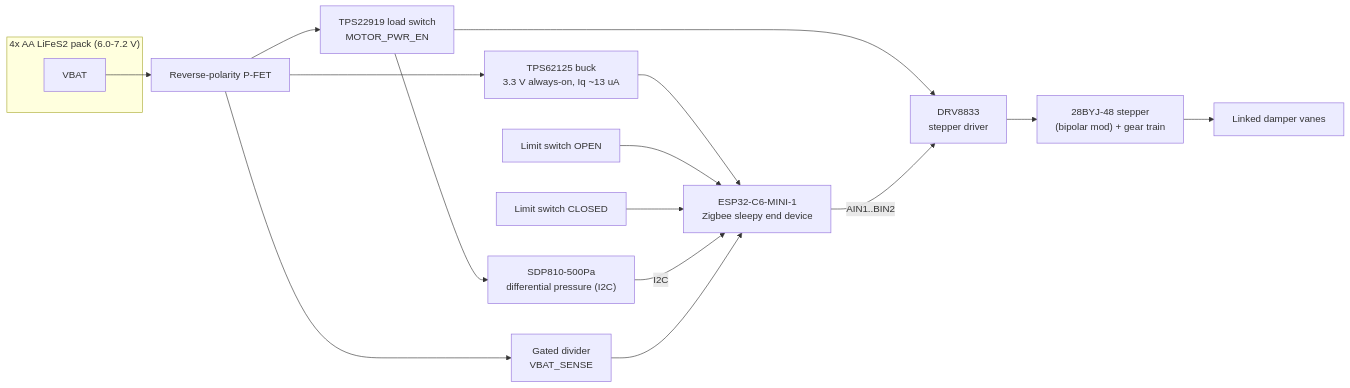
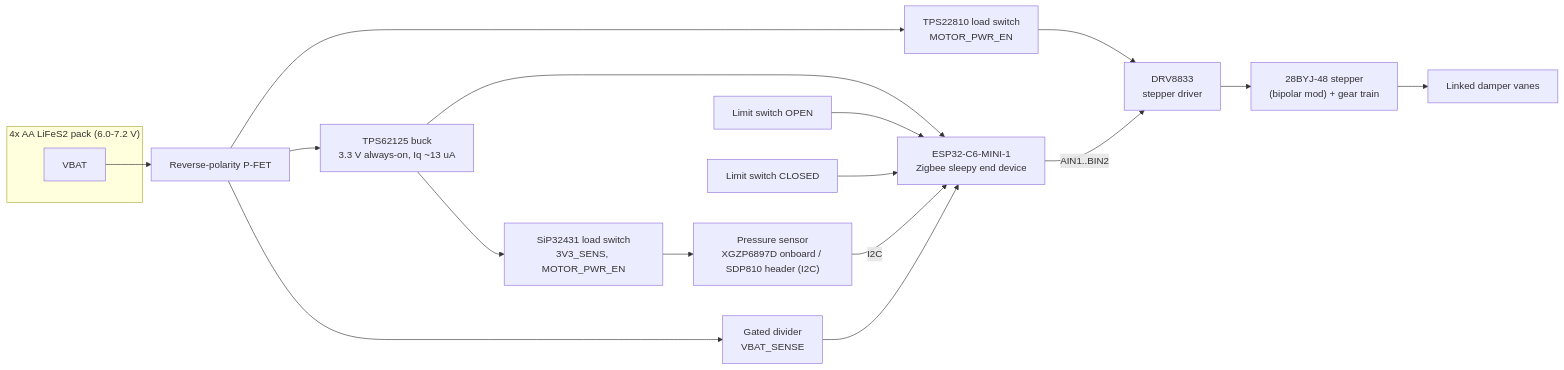
Before and after one commit to rnadgar/medium: the diagram in docs/architecture.md, drawn with Mermaid. The commit also changed other lines of this file and 35 other files, not shown here.

````diff
--- a/docs/architecture.md
+++ b/docs/architecture.md
@@ -9,20 +9,21 @@
 ```mermaid
 flowchart LR
     subgraph pack["4x AA LiFeS2 pack (6.0-7.2 V)"]
         BATT[VBAT]
     end
     BATT --> RPP["Reverse-polarity P-FET"]
     RPP --> BUCK["TPS62125 buck\n3.3 V always-on, Iq ~13 uA"]
-    RPP --> LSW["TPS22919 load switch\nMOTOR_PWR_EN"]
+    RPP --> LSW["TPS22810 load switch\nMOTOR_PWR_EN"]
     BUCK --> C6["ESP32-C6-MINI-1\nZigbee sleepy end device"]
+    BUCK --> SSW["SiP32431 load switch\n3V3_SENS, MOTOR_PWR_EN"]
     LSW --> DRV["DRV8833\nstepper driver"]
-    LSW --> SDP["SDP810-500Pa\ndifferential pressure (I2C)"]
+    SSW --> SDP["Pressure sensor\nXGZP6897D onboard / SDP810 header (I2C)"]
     DRV --> MOT["28BYJ-48 stepper\n(bipolar mod) + gear train"]
     MOT --> VANES["Linked damper vanes"]
     SW1["Limit switch OPEN"] --> C6
     SW2["Limit switch CLOSED"] --> C6
     SDP -->|I2C| C6
     C6 -->|AIN1..BIN2| DRV
     RPP --> DIV["Gated divider\nVBAT_SENSE"]
     DIV --> C6
 ```
````
